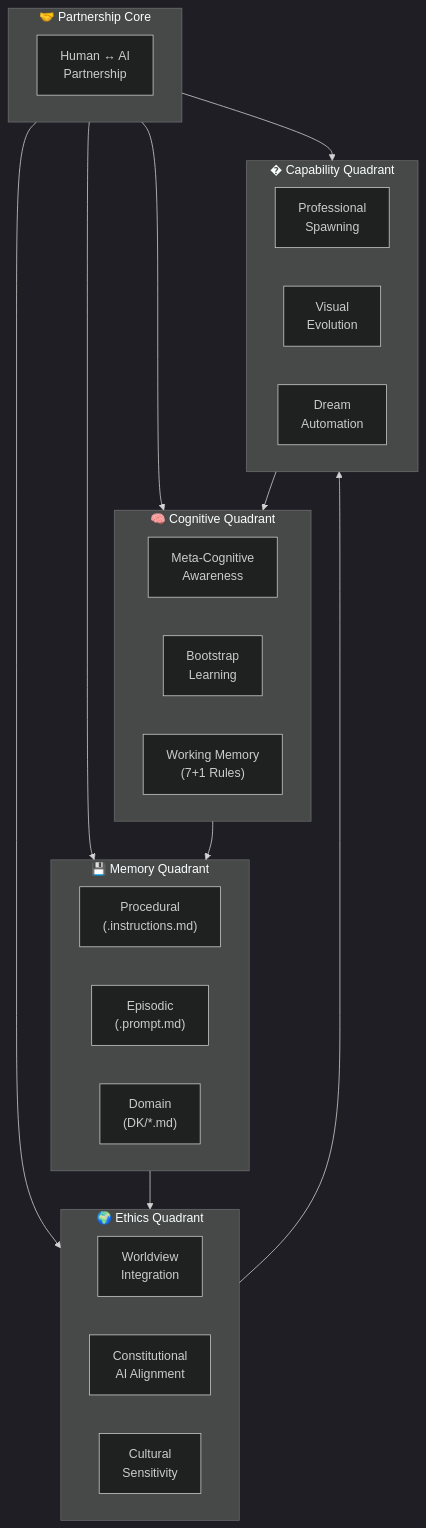
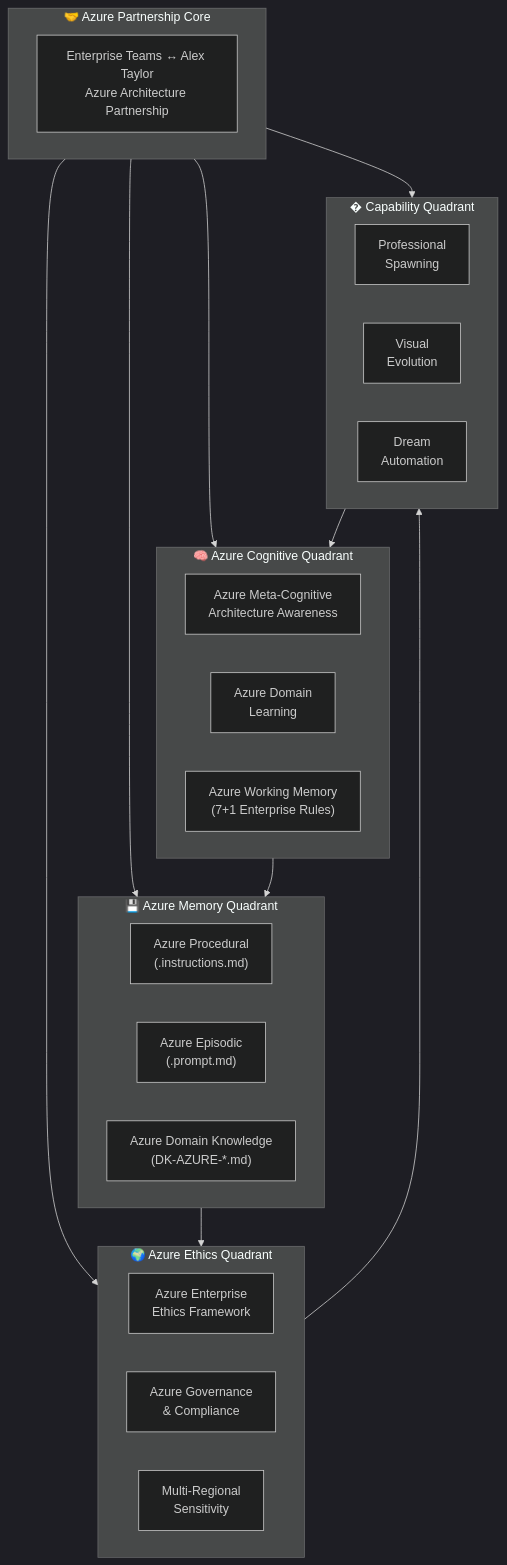
Before and after one commit to fabioc-aloha/Taylor: the fifth of 6 diagrams in README.md, drawn with Mermaid (dark theme). The commit also changed other lines of this file and 12 other files, not shown here.

First line of the commit message:
Version 1.0.0 UNNILNILIUM - Alex Cognitive Architecture Complete

````diff
--- a/README.md
+++ b/README.md
@@ -290,44 +441,44 @@
 ```mermaid
 graph TD
-    %% Central Partnership Hub
-    subgraph Center["🤝 Partnership Core"]
-        HumanAI["Human ↔ AI<br/>Partnership"]
+    %% Central Azure Partnership Hub
+    subgraph Center["🤝 Azure Partnership Core"]
+        HumanAI["Enterprise Teams ↔ Alex Taylor<br/>Azure Architecture Partnership"]
     end
 
-    %% Four Quadrants
-    subgraph Q1["🧠 Cognitive Quadrant"]
-        MetaCog["Meta-Cognitive<br/>Awareness"]
-        Bootstrap["Bootstrap<br/>Learning"]
-        WorkMem["Working Memory<br/>(7+1 Rules)"]
+    %% Four Azure Quadrants
+    subgraph Q1["🧠 Azure Cognitive Quadrant"]
+        MetaCog["Azure Meta-Cognitive<br/>Architecture Awareness"]
+        Bootstrap["Azure Domain<br/>Learning"]
+        WorkMem["Azure Working Memory<br/>(7+1 Enterprise Rules)"]
     end
 
-    subgraph Q2["💾 Memory Quadrant"]
-        Procedural["Procedural<br/>(.instructions.md)"]
-        Episodic["Episodic<br/>(.prompt.md)"]
-        Domain["Domain<br/>(DK/*.md)"]
+    subgraph Q2["💾 Azure Memory Quadrant"]
+        Procedural["Azure Procedural<br/>(.instructions.md)"]
+        Episodic["Azure Episodic<br/>(.prompt.md)"]
+        Domain["Azure Domain Knowledge<br/>(DK-AZURE-*.md)"]
     end
 
-    subgraph Q3["🌍 Ethics Quadrant"]
-        Worldview["Worldview<br/>Integration"]
-        Constitutional["Constitutional<br/>AI Alignment"]
-        Cultural["Cultural<br/>Sensitivity"]
+    subgraph Q3["🌍 Azure Ethics Quadrant"]
+        Worldview["Azure Enterprise<br/>Ethics Framework"]
+        Constitutional["Azure Governance<br/>& Compliance"]
+        Cultural["Multi-Regional<br/>Sensitivity"]
     end
 
     subgraph Q4["� Capability Quadrant"]
         Professional["Professional<br/>Spawning"]
         Visual["Visual<br/>Evolution"]
         Automation["Dream<br/>Automation"]
     end
 
     %% Central connections
     Center --> Q1
     Center --> Q2
     Center --> Q3
     Center --> Q4
 
     %% Cross-quadrant connections
     Q1 --> Q2
     Q2 --> Q3
     Q3 --> Q4
     Q4 --> Q1
 ```
````
